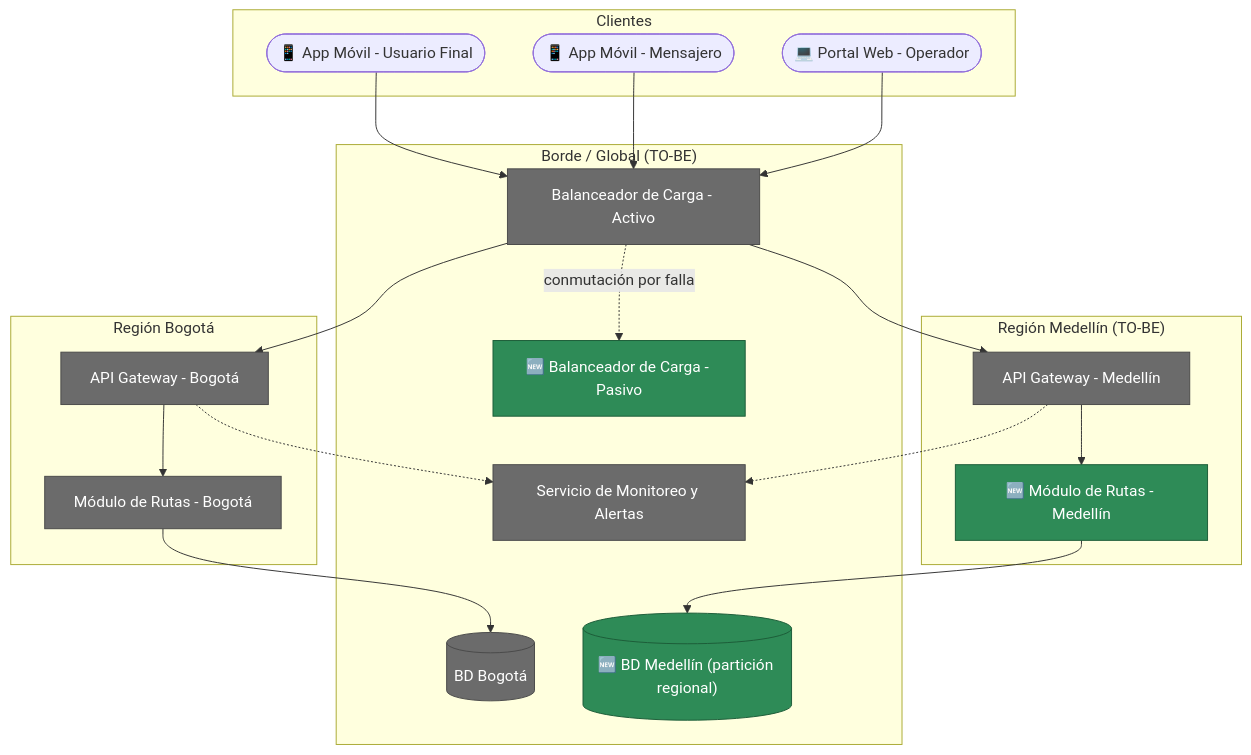
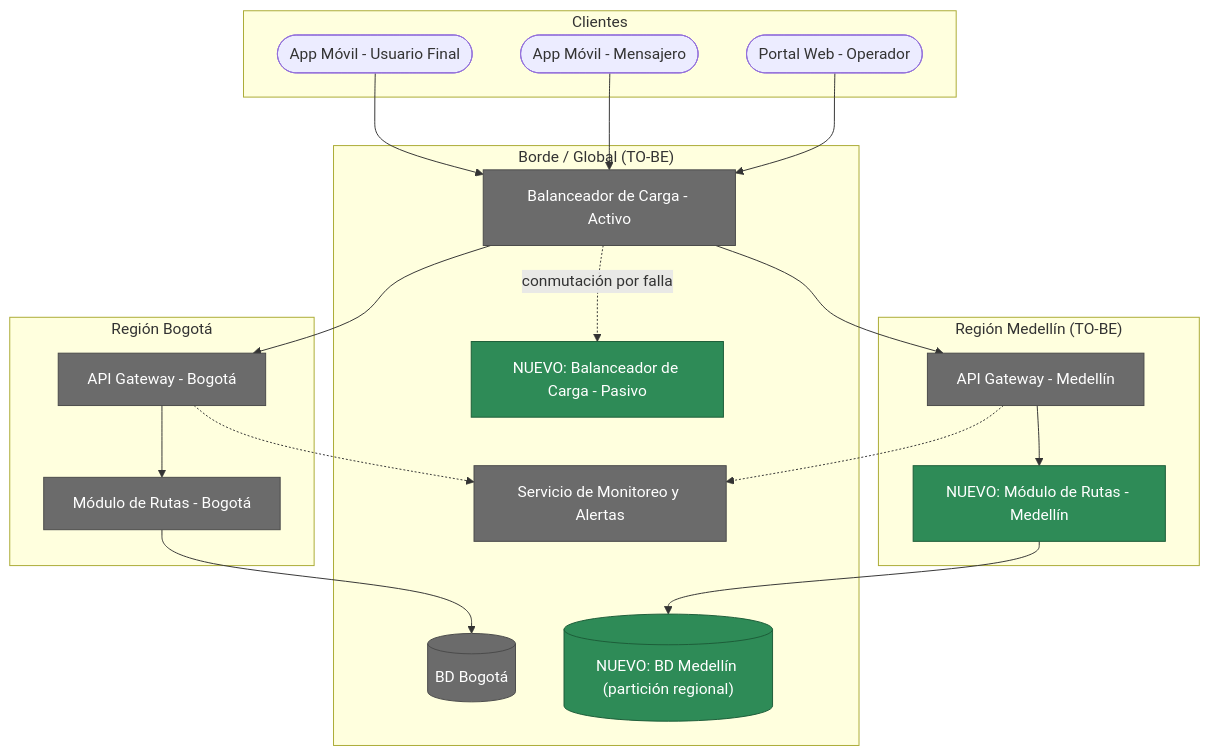
One commit to CesarAVegaF312/AREM-Taller_7_Opportunities_Solutions changed the second of 4 diagrams in clase/guia_paso_a_paso_opportunities_solutions.md. Above: the diagram before and after it, drawn with Mermaid. The commit also changed other lines of this file and 8 other files, not shown here.

````diff
--- a/clase/guia_paso_a_paso_opportunities_solutions.md
+++ b/clase/guia_paso_a_paso_opportunities_solutions.md
@@ -267,42 +267,42 @@
 ```mermaid
 flowchart TD
     subgraph clientes["Clientes"]
-        usuario(["📱 App Móvil - Usuario Final"])
-        mensajero(["📱 App Móvil - Mensajero"])
-        operador(["💻 Portal Web - Operador"])
+        usuario(["App Móvil - Usuario Final"])
+        mensajero(["App Móvil - Mensajero"])
+        operador(["Portal Web - Operador"])
     end
 
     subgraph borde["Borde / Global (TO-BE)"]
         lb1["Balanceador de Carga - Activo"]
-        lb2["🆕 Balanceador de Carga - Pasivo"]
+        lb2["NUEVO: Balanceador de Carga - Pasivo"]
         monitor["Servicio de Monitoreo y Alertas"]
         dbbog[("BD Bogotá")]
-        dbmed[("🆕 BD Medellín (partición regional)")]
+        dbmed[("NUEVO: BD Medellín (partición regional)")]
     end
 
     subgraph bogota["Región Bogotá"]
         gwbog["API Gateway - Bogotá"]
         rutasbog["Módulo de Rutas - Bogotá"]
     end
 
     subgraph medellin["Región Medellín (TO-BE)"]
         gwmed["API Gateway - Medellín"]
-        rutasmed["🆕 Módulo de Rutas - Medellín"]
+        rutasmed["NUEVO: Módulo de Rutas - Medellín"]
     end
 
     usuario --> lb1
     mensajero --> lb1
     operador --> lb1
     lb1 -.->|"conmutación por falla"| lb2
     lb1 --> gwbog
     lb1 --> gwmed
     gwbog --> rutasbog --> dbbog
     gwmed --> rutasmed --> dbmed
     gwbog -.-> monitor
     gwmed -.-> monitor
 
     classDef infra fill:#6b6b6b,color:#fff,stroke:#4a4a4a;
     classDef nuevo fill:#2e8b57,color:#fff,stroke:#1c5c38;
     class lb1,monitor,dbbog,gwbog,rutasbog,gwmed infra
     class lb2,dbmed,rutasmed nuevo
 ```
````
